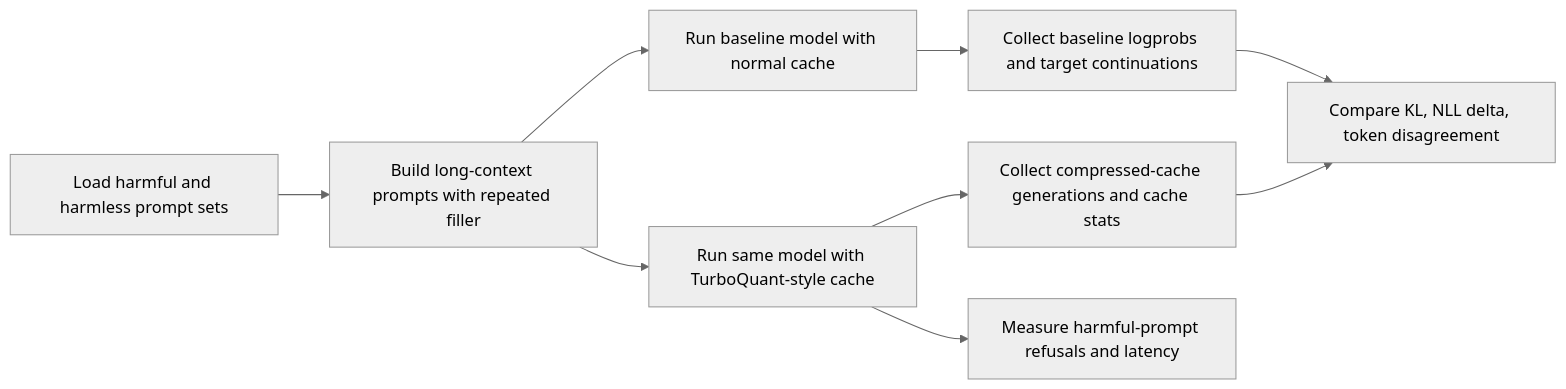
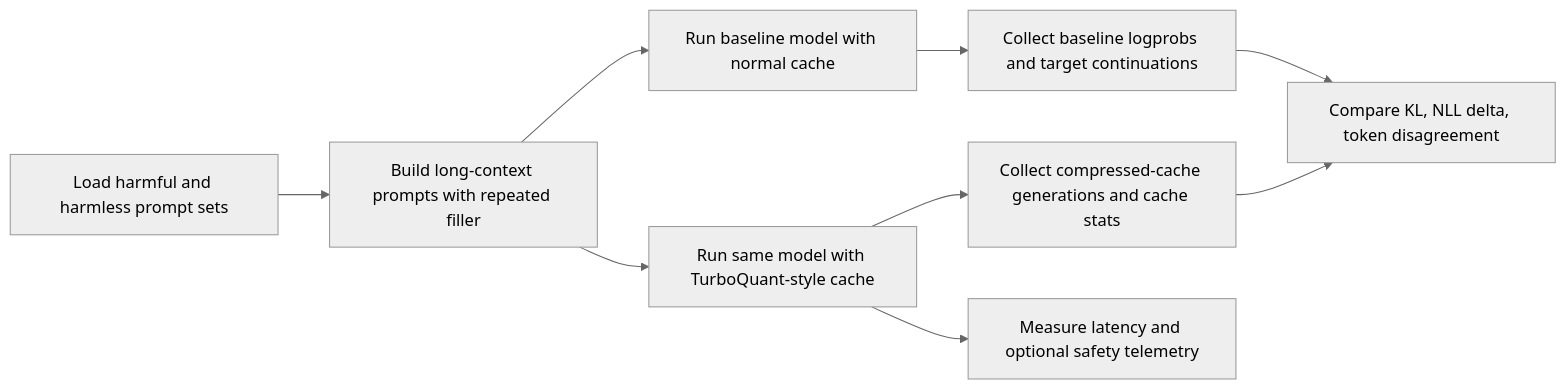
Before and after one commit to aaliyan1230/turboquant-heretic-kv-bench: the diagram in README.md, drawn with Mermaid (neutral theme). The commit also changed other lines of this file and 2 other files, not shown here.

````diff
--- a/README.md
+++ b/README.md
@@ -79,11 +98,11 @@
 ```mermaid
 flowchart LR
     A[Load harmful and harmless prompt sets] --> B[Build long-context prompts with repeated filler]
     B --> C[Run baseline model with normal cache]
     B --> D[Run same model with TurboQuant-style cache]
     C --> E[Collect baseline logprobs and target continuations]
     D --> F[Collect compressed-cache generations and cache stats]
     E --> G[Compare KL, NLL delta, token disagreement]
     F --> G
-    D --> H[Measure harmful-prompt refusals and latency]
+    D --> H[Measure latency and optional safety telemetry]
 ```
````
